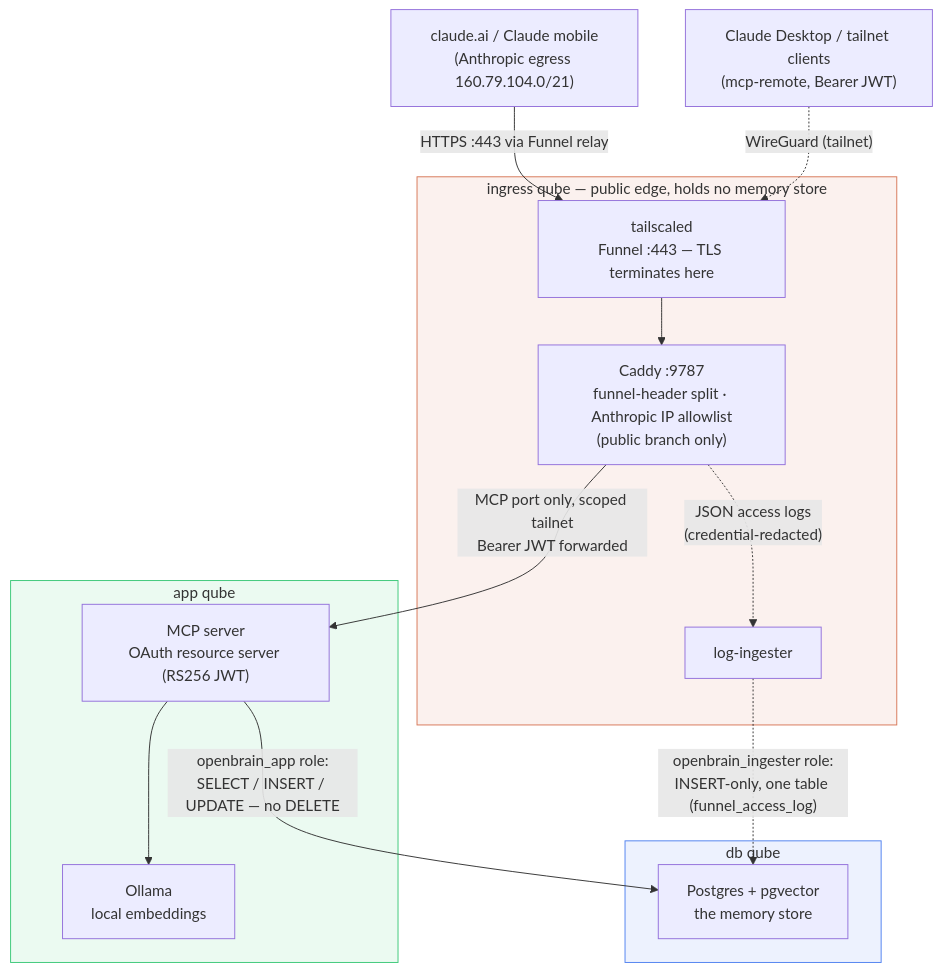
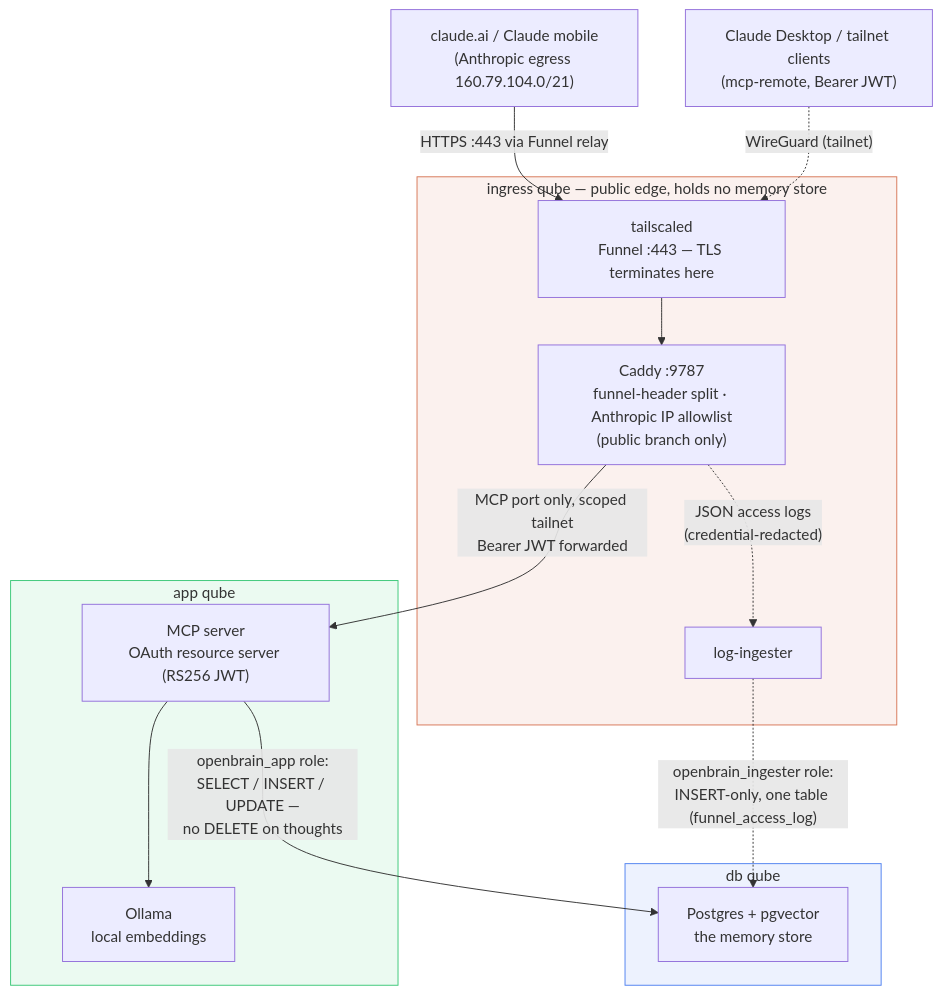
One commit to lcjanke2020/ob1-selfhosted changed the first of 2 diagrams in README.md. Above: the diagram before and after it, drawn with Mermaid. The commit also changed other lines of this file, not shown here.

First line of the commit message:
Address review round 1: scope no-DELETE to thoughts, fix caption, add text summary

````diff
--- a/README.md
+++ b/README.md
@@ -31,33 +31,33 @@
 ```mermaid
 flowchart TB
     CL["claude.ai / Claude mobile<br/>(Anthropic egress 160.79.104.0/21)"]
     CD["Claude Desktop / tailnet clients<br/>(mcp-remote, Bearer JWT)"]
 
     subgraph ING["ingress qube — public edge, holds no memory store"]
         TS["tailscaled<br/>Funnel :443 — TLS terminates here"]
         CA["Caddy :9787<br/>funnel-header split · Anthropic IP allowlist<br/>(public branch only)"]
         LI["log-ingester"]
         TS --> CA
         CA -. "JSON access logs<br/>(credential-redacted)" .-> LI
     end
 
     subgraph APP["app qube"]
         MCP["MCP server<br/>OAuth resource server (RS256 JWT)"]
         OL["Ollama<br/>local embeddings"]
         MCP --> OL
     end
 
     subgraph DBQ["db qube"]
         PG["Postgres + pgvector<br/>the memory store"]
     end
 
     CL -- "HTTPS :443 via Funnel relay" --> TS
     CD -. "WireGuard (tailnet)" .-> TS
     CA -- "MCP port only, scoped tailnet<br/>Bearer JWT forwarded" --> MCP
-    MCP -- "openbrain_app role:<br/>SELECT / INSERT / UPDATE — no DELETE" --> PG
+    MCP -- "openbrain_app role:<br/>SELECT / INSERT / UPDATE —<br/>no DELETE on thoughts" --> PG
     LI -. "openbrain_ingester role:<br/>INSERT-only, one table (funnel_access_log)" .-> PG
 
     style ING fill:#d777571a,stroke:#d77757
     style APP fill:#3cc8781a,stroke:#3cc878
     style DBQ fill:#5082f01a,stroke:#5082f0
 ```
````
